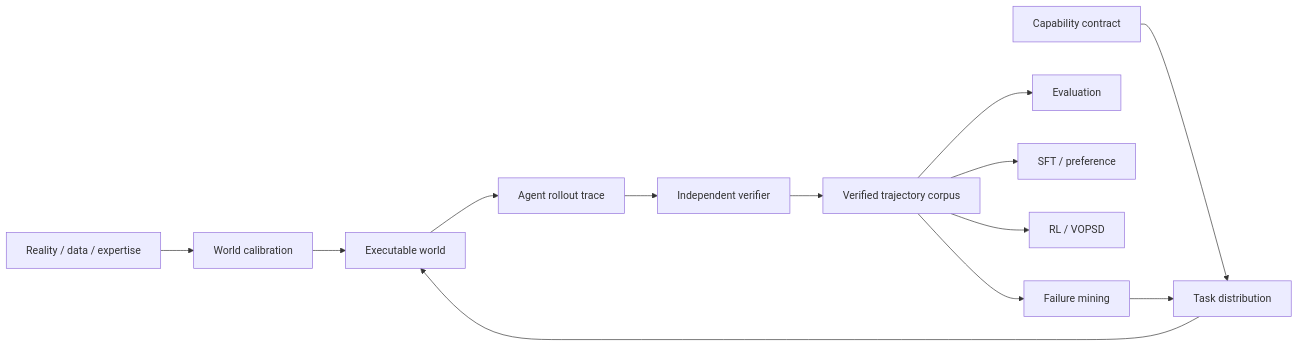
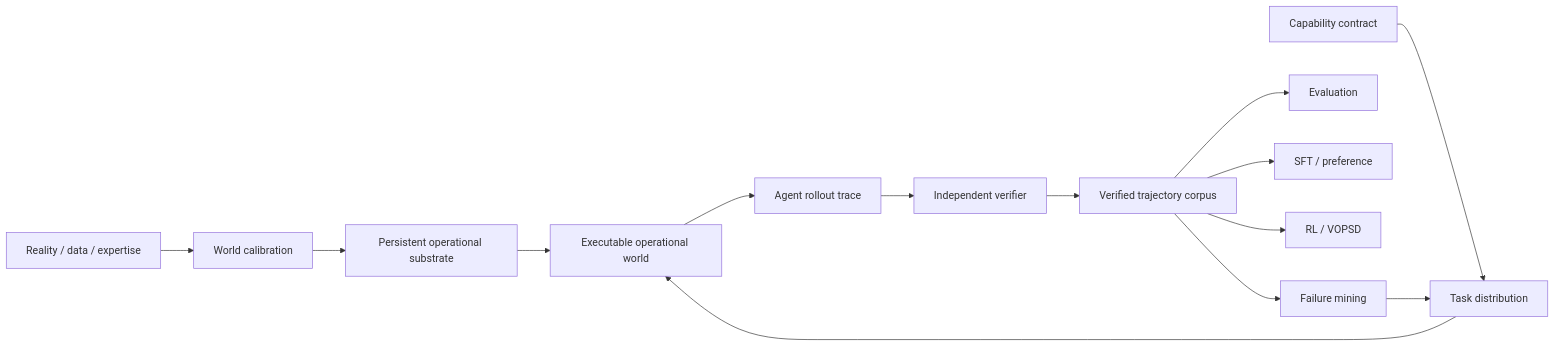
One commit to FPC-effortless/veritas changed the diagram in README.md. Above: the diagram before and after it, drawn with Mermaid. The commit also changed other lines of this file, not shown here.

Commit message:
Make unified operational worlds canonical in README

````diff
--- a/README.md
+++ b/README.md
@@ -27,15 +30,16 @@
 ```mermaid
 flowchart LR
   D[Reality / data / expertise] --> C[World calibration]
-  C --> W[Executable world]
+  C --> P[Persistent operational substrate]
   K[Capability contract] --> T[Task distribution]
-  T --> W
+  T --> W[Executable operational world]
+  P --> W
   W --> A[Agent rollout trace]
   A --> V[Independent verifier]
   V --> X[Verified trajectory corpus]
   X --> E[Evaluation]
   X --> S[SFT / preference]
   X --> R[RL / VOPSD]
   X --> F[Failure mining]
   F --> T
 ```
````
